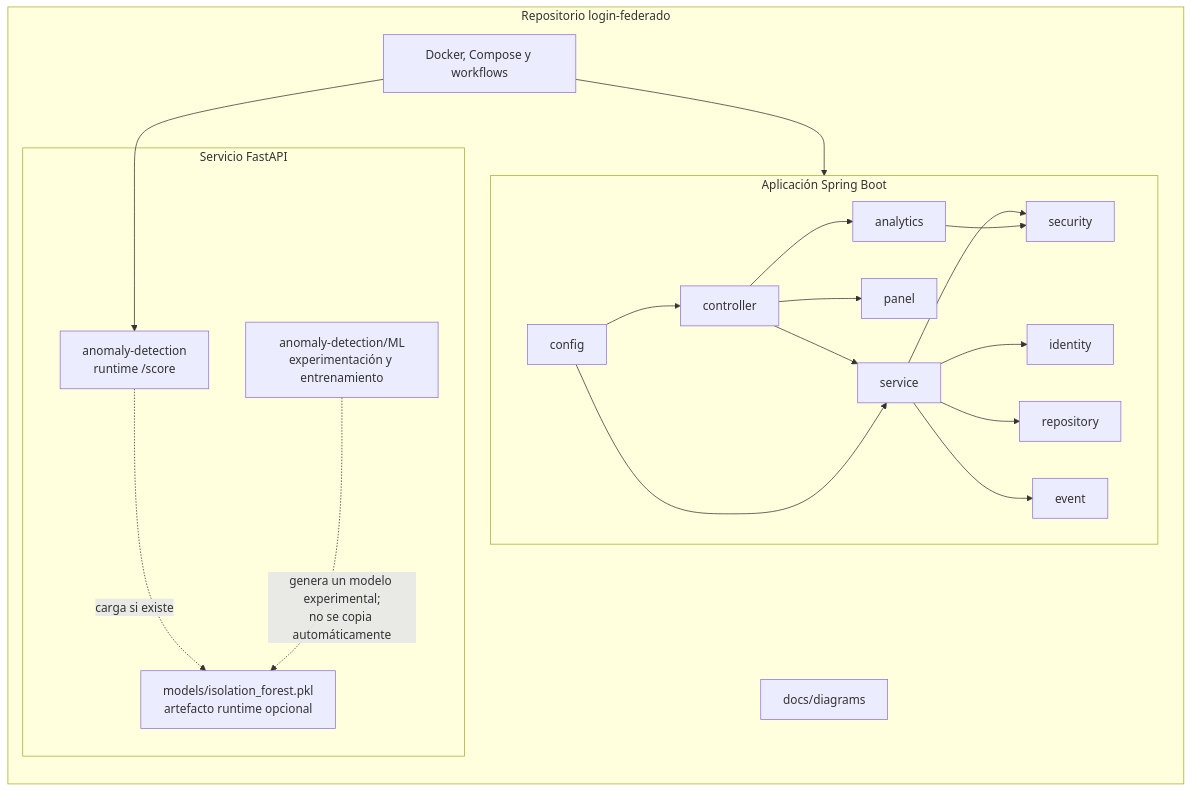
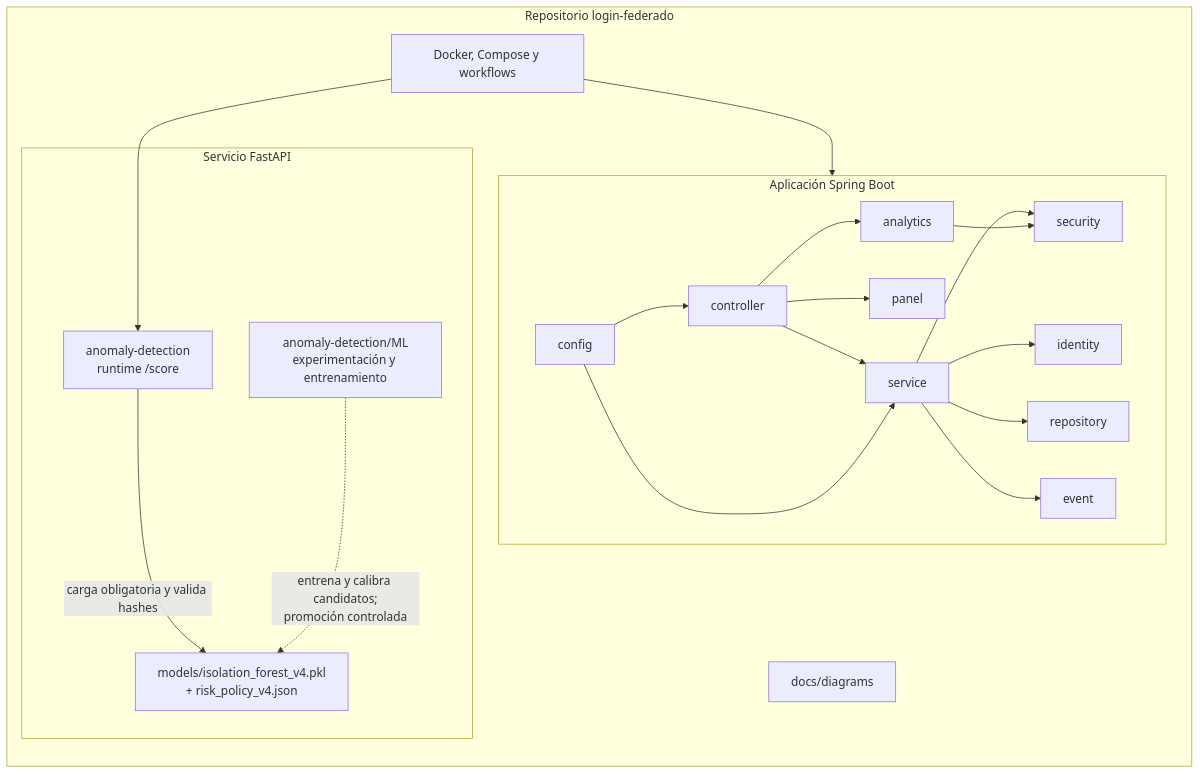
One commit to CityPass-Login-Federado/CityPass_Login_Backend changed the third of 4 diagrams in login-federado/docs/diagrams/11-vistas-4mas1.md. Above: the diagram before and after it, drawn with Mermaid. The commit also changed other lines of this file and 17 other files, not shown here.

Commit message:
Actualización de Documentación Técnica y Diagramas UML Finales

````diff
--- a/login-federado/docs/diagrams/11-vistas-4mas1.md
+++ b/login-federado/docs/diagrams/11-vistas-4mas1.md
@@ -96,38 +96,38 @@
 ```mermaid
 flowchart LR
     subgraph Repo[Repositorio login-federado]
         subgraph Java[Aplicación Spring Boot]
             CONTROLLERS[controller]
             SERVICES[service]
             SECURITY[security]
             IDENTITY[identity]
             REPOSITORIES[repository]
             CONFIG[config]
             EVENTS[event]
             ANALYTICSJAVA[analytics]
             PANELJAVA[panel]
         end
         subgraph Python[Servicio FastAPI]
             RUNTIME[anomaly-detection<br/>runtime /score]
             EXP[anomaly-detection/ML<br/>experimentación y entrenamiento]
-            MODEL[models/isolation_forest.pkl<br/>artefacto runtime opcional]
+            MODEL[models/isolation_forest_v4.pkl<br/>+ risk_policy_v4.json]
         end
         DEPLOY[Docker, Compose y workflows]
         DOCS[docs/diagrams]
     end
 
     CONTROLLERS --> SERVICES
     SERVICES --> SECURITY
     SERVICES --> IDENTITY
     SERVICES --> REPOSITORIES
     SERVICES --> EVENTS
     CONTROLLERS --> PANELJAVA
     CONTROLLERS --> ANALYTICSJAVA
     ANALYTICSJAVA --> SECURITY
     CONFIG --> CONTROLLERS
     CONFIG --> SERVICES
-    RUNTIME -. carga si existe .-> MODEL
-    EXP -. genera un modelo experimental;<br/>no se copia automáticamente .-> MODEL
+    RUNTIME -->|carga obligatoria y valida hashes| MODEL
+    EXP -. entrena y calibra candidatos;<br/>promoción controlada .-> MODEL
     DEPLOY --> Java
     DEPLOY --> RUNTIME
 ```
````
